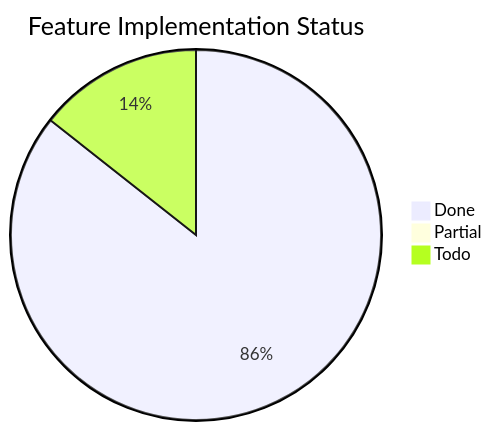
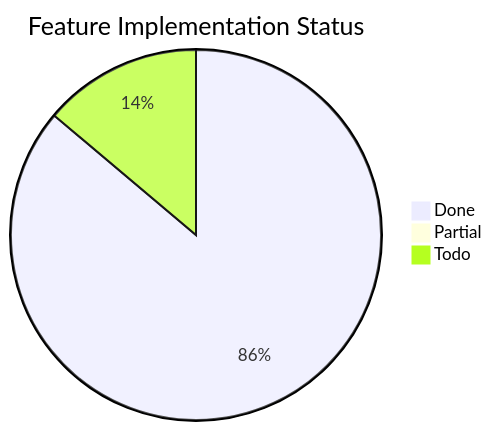
One commit to Papyrine/Morph changed the third of 3 diagrams in docs/word-features.md. Above: the diagram before and after it, drawn with Mermaid. The commit also changed other lines of this file and 7 other files, not shown here.

````diff
--- a/docs/word-features.md
+++ b/docs/word-features.md
@@ -2212,6 +2202,6 @@
 ```mermaid
 pie title Feature Implementation Status
     "Done" : 143
     "Partial" : 0
-    "Todo" : 24
+    "Todo" : 23
 ```
````
